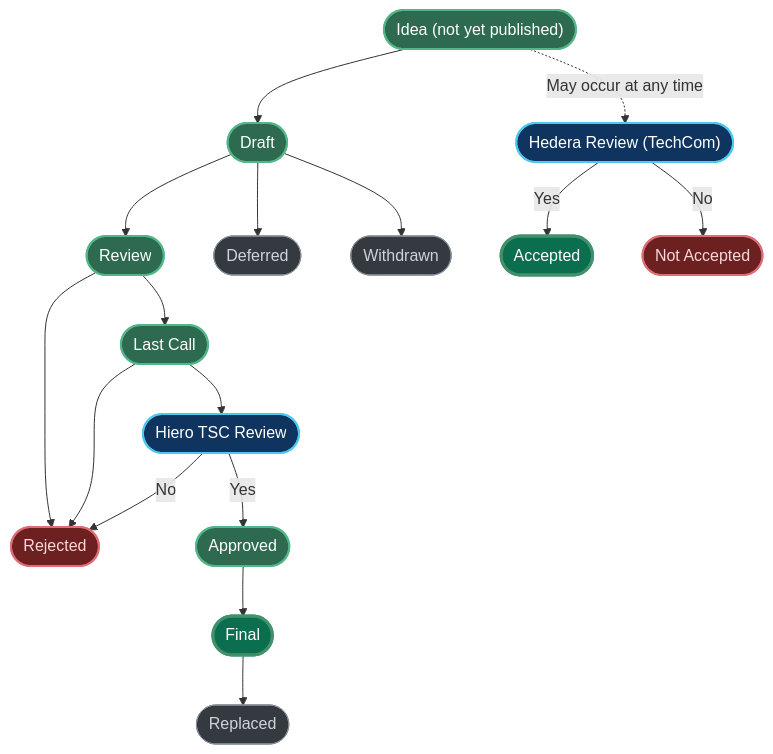
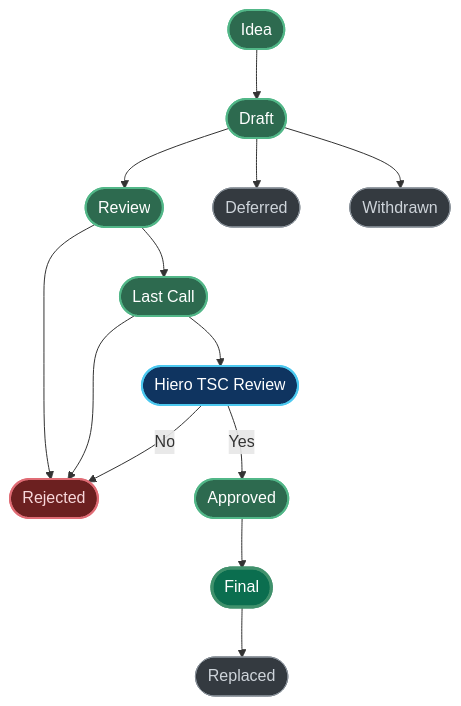
One commit to hiero-ledger/hiero-improvement-proposals changed the first of 2 diagrams in HIP/hip-1.md. Above: the diagram before and after it, drawn with Mermaid. The commit also changed other lines of this file and 2 other files, not shown here.

Commit message:
Drop the network review path from the status diagram
Apply the remaining review feedback from #1537: the Standards Track
diagram now shows only the Hiero status path instead of presupposing
any network's internal review workflow. Network adoption independence
and timing, including decisions that predate a HIP, stay documented
in prose.

````diff
--- a/HIP/hip-1.md
+++ b/HIP/hip-1.md
@@ -128,34 +128,27 @@
 ```mermaid
 graph TD
-    Idea(["Idea (not yet published)"]) --> Draft([Draft])
+    Idea([Idea]) --> Draft([Draft])
     Draft --> Review([Review])
     Draft --> Deferred([Deferred])
     Draft --> Withdrawn([Withdrawn])
     Review --> LastCall([Last Call])
     Review --> Rejected([Rejected])
     LastCall --> Rejected
     LastCall --> TSC([Hiero TSC Review])
     TSC -- Yes --> Approved([Approved])
     TSC -- No --> Rejected
     Approved --> Final([Final])
     Final --> Replaced([Replaced])
 
-    Idea -. May occur at any time .-> Hedera(["Hedera Review (TechCom)"])
-    Hedera -- Yes --> Accepted([Accepted])
-    Hedera -- No --> NotAccepted([Not Accepted])
-
     style Idea fill:#2d6a4f,stroke:#52b788,stroke-width:2px,color:#fff
     style Draft fill:#2d6a4f,stroke:#52b788,stroke-width:2px,color:#fff
     style Review fill:#2d6a4f,stroke:#52b788,stroke-width:2px,color:#fff
     style LastCall fill:#2d6a4f,stroke:#52b788,stroke-width:2px,color:#fff
     style TSC fill:#0f3460,stroke:#4cc9f0,stroke-width:2px,color:#fff
-    style Hedera fill:#0f3460,stroke:#4cc9f0,stroke-width:2px,color:#fff
     style Approved fill:#2d6a4f,stroke:#52b788,stroke-width:2px,color:#fff
     style Final fill:#0b6e4f,stroke:#40916c,stroke-width:3px,color:#fff
-    style Accepted fill:#0b6e4f,stroke:#40916c,stroke-width:3px,color:#fff
     style Deferred fill:#343a40,stroke:#868e96,stroke-width:1px,color:#ced4da
     style Withdrawn fill:#343a40,stroke:#868e96,stroke-width:1px,color:#ced4da
     style Rejected fill:#6c2020,stroke:#e06c75,stroke-width:2px,color:#f8d7da
-    style NotAccepted fill:#6c2020,stroke:#e06c75,stroke-width:2px,color:#f8d7da
     style Replaced fill:#343a40,stroke:#868e96,stroke-width:1px,color:#ced4da
 ```
````
